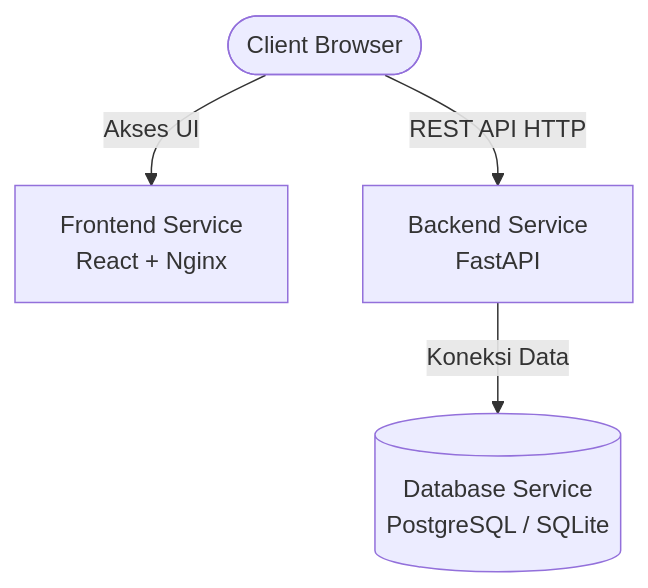
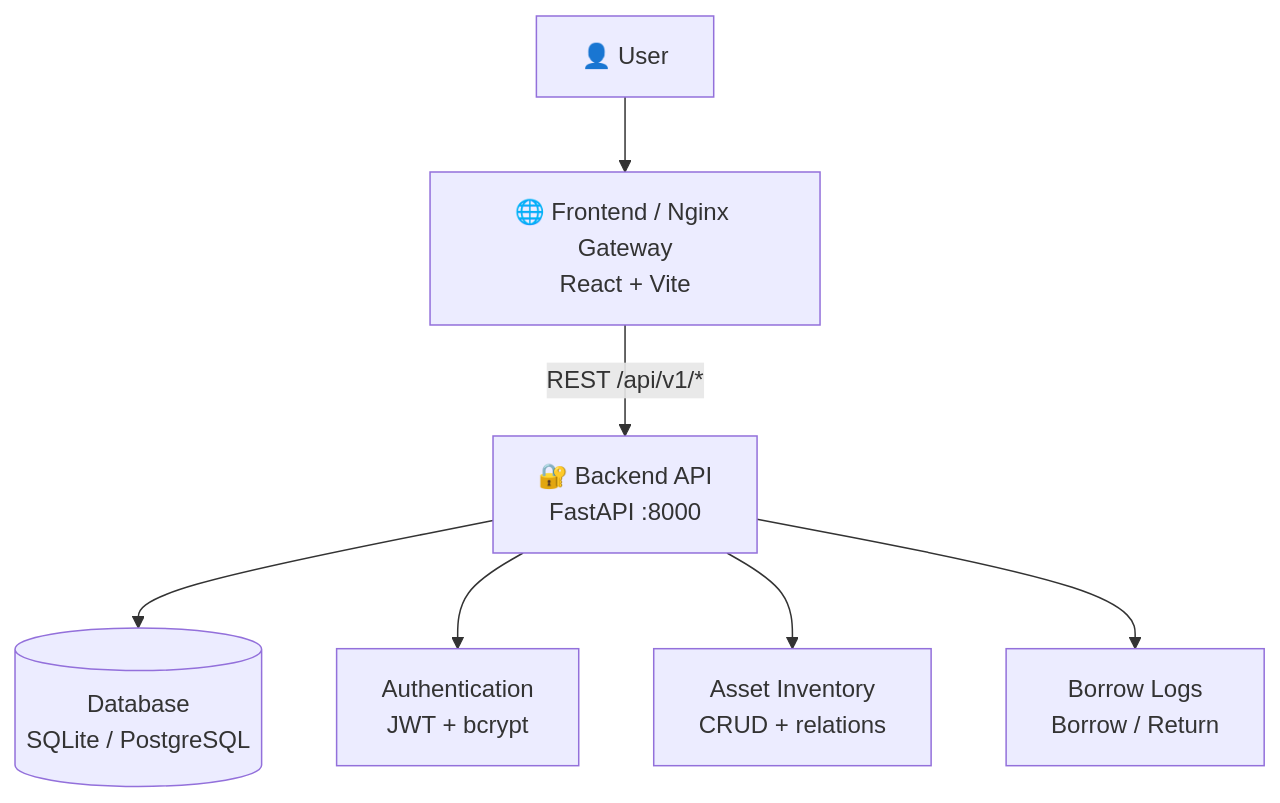
Before and after one commit to aidilsaputrakirsan-classroom/cc-kelompok-a-nyawit: the diagram in README.md, drawn with Mermaid. The commit also changed other lines of this file and 10 other files, not shown here.

````diff
--- a/README.md
+++ b/README.md
@@ -38,6 +10,10 @@
 ```mermaid
-graph TD
-    Client([Client Browser]) -->|Akses UI| Frontend[Frontend Service <br/> React + Nginx]
-    Client -->|REST API HTTP| Backend[Backend Service <br/> FastAPI]
-    Backend -->|Koneksi Data| DB[(Database Service <br/> PostgreSQL / SQLite)]
+flowchart TD
+USER["👤 User"] --> GW["🌐 Frontend / Nginx Gateway<br/>React + Vite"]
+GW -->|"REST /api/v1/*"| API["🔐 Backend API<br/>FastAPI :8000"]
+API --> DB[("Database<br/>SQLite / PostgreSQL")]
+
+API --> AUTH["Authentication<br/>JWT + bcrypt"]
+API --> ASSET["Asset Inventory<br/>CRUD + relations"]
+API --> BORROW["Borrow Logs<br/>Borrow / Return"]
 ```
````
